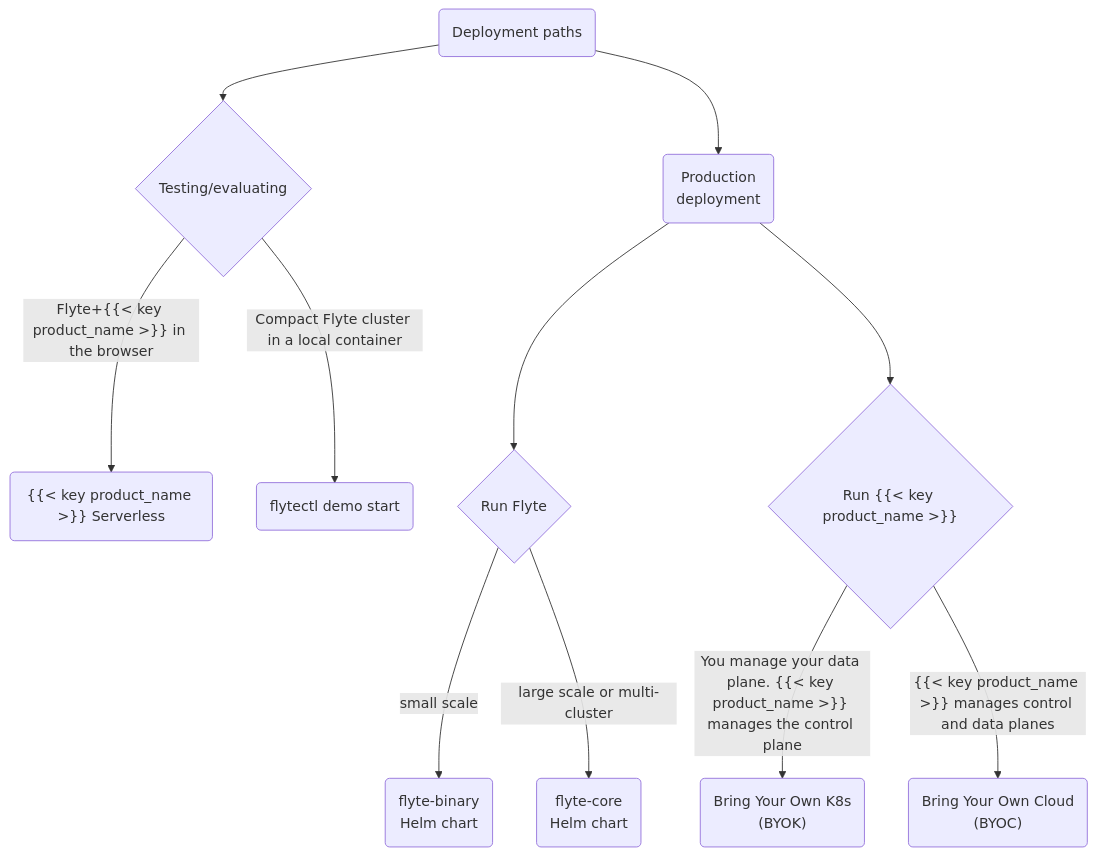
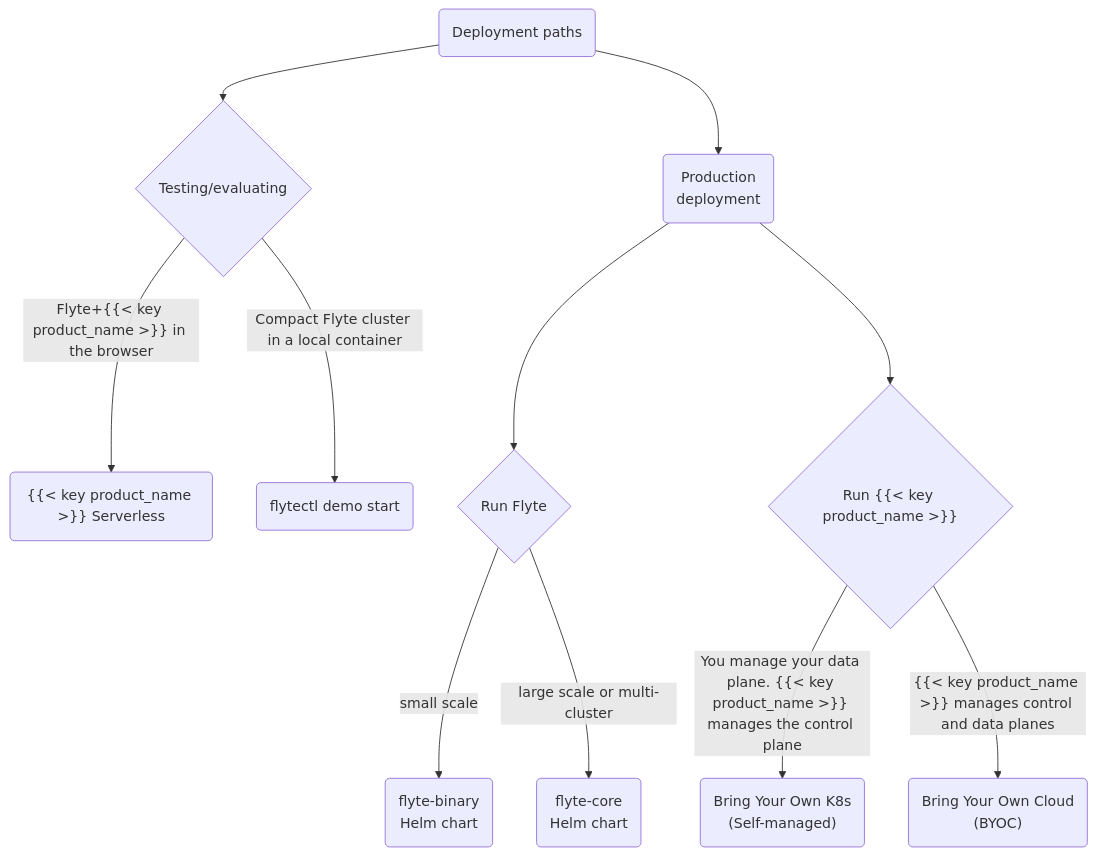
The diagram in content/deployment/_index.md (unionai/unionai-docs), drawn with Mermaid before and after one commit. The commit also changed other lines of this file and 1039 other files, not shown here.

Commit message:
Self-Managed documentation

````diff
--- a/content/deployment/_index.md
+++ b/content/deployment/_index.md
@@ -44,22 +55,22 @@
 ```mermaid
 flowchart TD
     A("Deployment paths") --> n1["Testing/evaluating"] & n4["Production <br>deployment"]
     n1 -- Flyte+{{< key product_name >}} in the browser --> n2["{{< key product_name >}} Serverless<br>"]
     n1 -- Compact Flyte cluster in a local container --> n3["flytectl demo start<br>"]
     n4 --> n5["Run Flyte"] & n8["Run {{< key product_name >}}"]
     n5 -- small scale --> n6["flyte-binary<br>Helm chart"]
     n5 -- large scale or multi-cluster --> n7["flyte-core<br>Helm chart"]
-    n8 -- "You manage your data plane. {{< key product_name >}} manages the control plane" --> n9["Bring Your Own K8s<br>(BYOK)"]
+    n8 -- "You manage your data plane. {{< key product_name >}} manages the control plane" --> n9["Bring Your Own K8s<br>(Self-managed)"]
     n8 -- {{< key product_name >}} manages control and data planes --> n10["Bring Your Own Cloud<br>(BYOC)"]
 
     n1@{ shape: diam}
     n4@{ shape: rounded}
     n2@{ shape: rounded}
     n3@{ shape: rounded}
     n5@{ shape: diam}
     n8@{ shape: diam}
     n6@{ shape: rounded}
     n7@{ shape: rounded}
     n9@{ shape: rounded}
     n10@{ shape: rounded}
 ```
````
